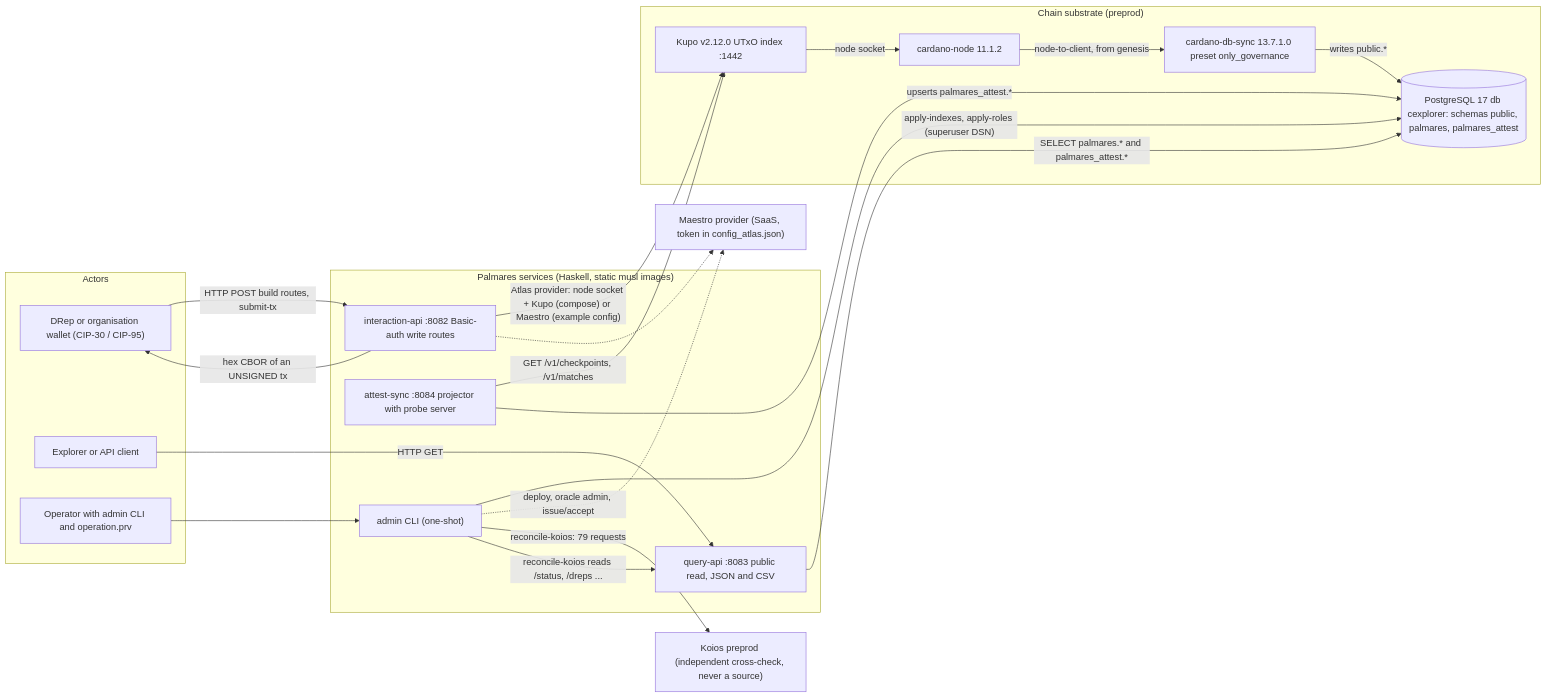
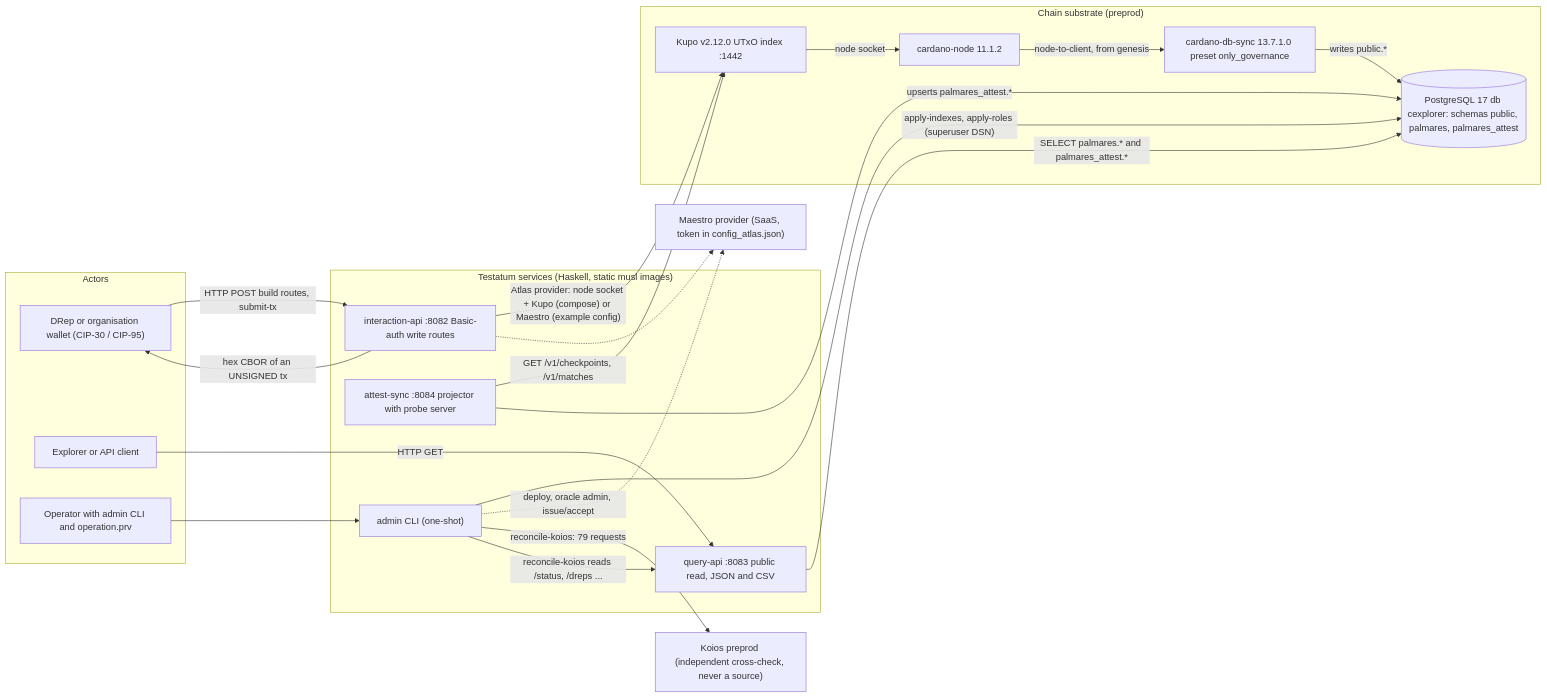
One commit to mariusgeorgescu/palmares changed the first of 10 diagrams in docs/architecture/system-overview.md. Above: the diagram before and after it, drawn with Mermaid. The commit also changed other lines of this file and 7 other files, not shown here.

````diff
--- a/docs/architecture/system-overview.md
+++ b/docs/architecture/system-overview.md
@@ -53,38 +53,38 @@
 ```mermaid
 flowchart LR
   subgraph actors["Actors"]
     wallet["DRep or organisation wallet (CIP-30 / CIP-95)"]
     client["Explorer or API client"]
     operator["Operator with admin CLI and operation.prv"]
   end
-  subgraph svc["Palmares services (Haskell, static musl images)"]
+  subgraph svc["Testatum services (Haskell, static musl images)"]
     qapi["query-api :8083 public read, JSON and CSV"]
     iapi["interaction-api :8082 Basic-auth write routes"]
     async["attest-sync :8084 projector with probe server"]
     admin["admin CLI (one-shot)"]
   end
   subgraph infra["Chain substrate (preprod)"]
     node["cardano-node 11.1.2"]
     dbsync["cardano-db-sync 13.7.1.0 preset only_governance"]
     pg[("PostgreSQL 17 db cexplorer: schemas public, palmares, palmares_attest")]
     kupo["Kupo v2.12.0 UTxO index :1442"]
   end
   maestro["Maestro provider (SaaS, token in config_atlas.json)"]
   koios["Koios preprod (independent cross-check, never a source)"]
   client -->|"HTTP GET"| qapi
   wallet -->|"HTTP POST build routes, submit-tx"| iapi
   iapi -->|"hex CBOR of an UNSIGNED tx"| wallet
   node -->|"node-to-client, from genesis"| dbsync
   dbsync -->|"writes public.*"| pg
   qapi -->|"SELECT palmares.* and palmares_attest.*"| pg
   iapi -->|"Atlas provider: node socket + Kupo (compose) or Maestro (example config)"| kupo
   iapi -.-> maestro
   kupo -->|"node socket"| node
   async -->|"GET /v1/checkpoints, /v1/matches"| kupo
   async -->|"upserts palmares_attest.*"| pg
   operator --> admin
   admin -->|"apply-indexes, apply-roles (superuser DSN)"| pg
   admin -.->|"deploy, oracle admin, issue/accept"| maestro
   admin -->|"reconcile-koios: 79 requests"| koios
   admin -->|"reconcile-koios reads /status, /dreps ..."| qapi
 ```
````
